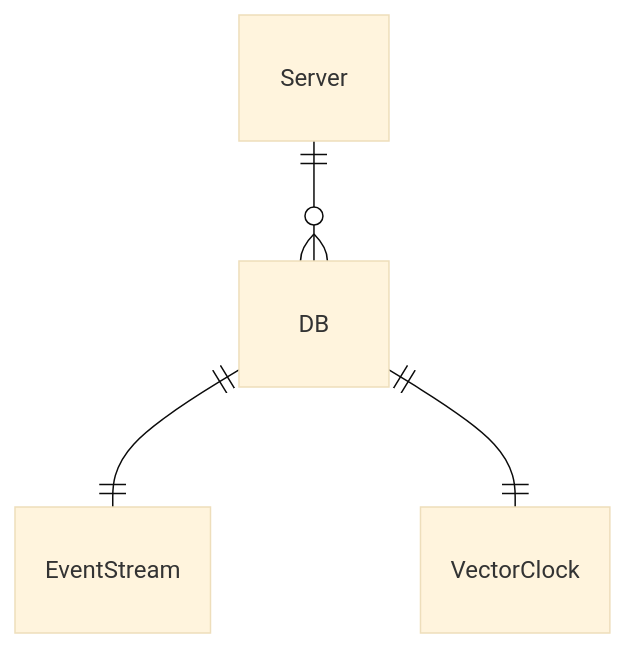
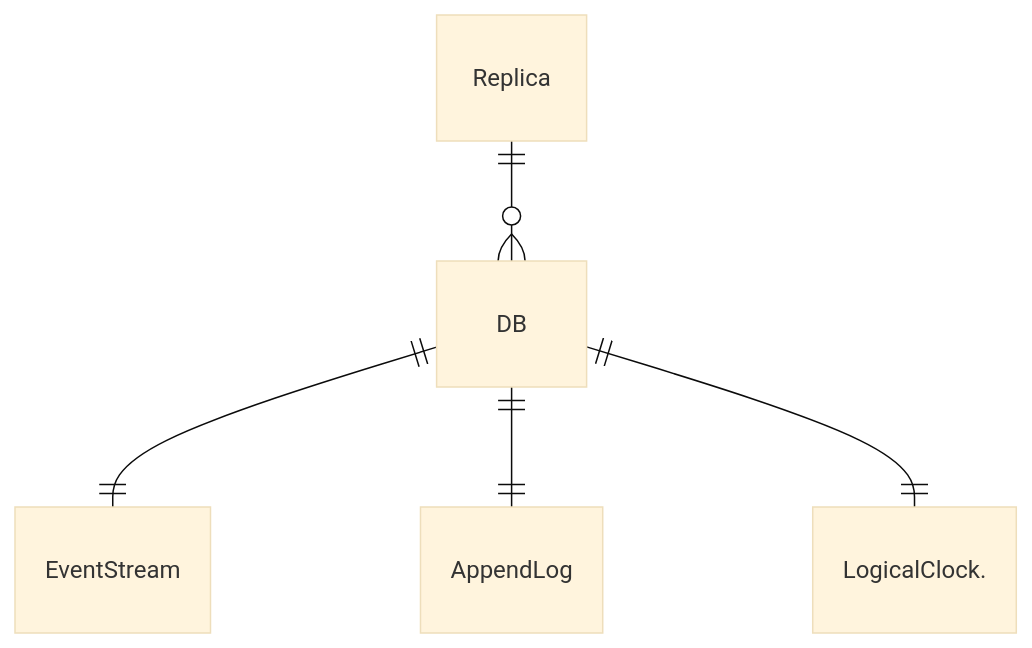
The first of 2 diagrams in notes/technical.md (LAC-Tech/laterbase), drawn with Mermaid (base theme) before and after one commit. The commit also changed other lines of this file and 1 other file, not shown here.

````diff
--- a/notes/technical.md
+++ b/notes/technical.md
@@ -20,8 +18,9 @@
 ```mermaid
 erDiagram
-    Server ||--o{ DB : ""
+    Replica ||--o{ DB : ""
     DB ||--|| EventStream : ""
-    DB ||--|| VectorClock : ""
+    DB ||--|| AppendLog : ""
+    DB ||--|| LogicalClock. : ""
     
     
 ```
````
